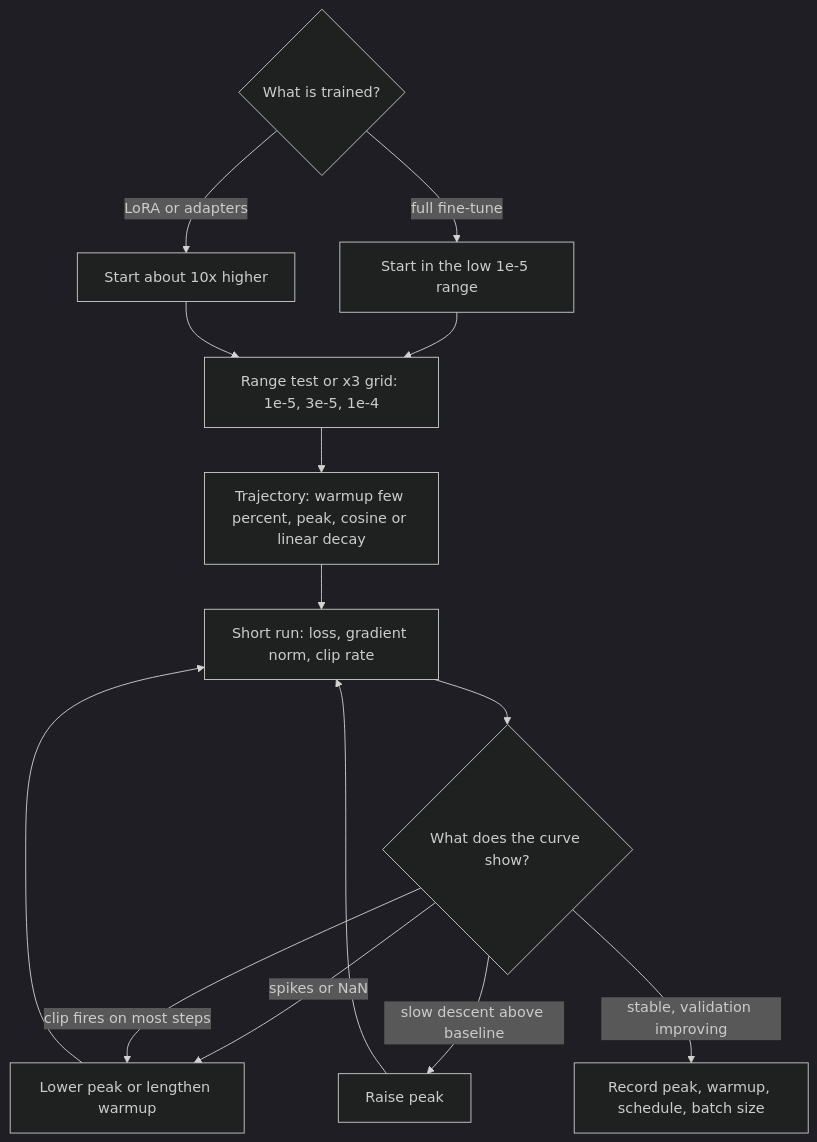
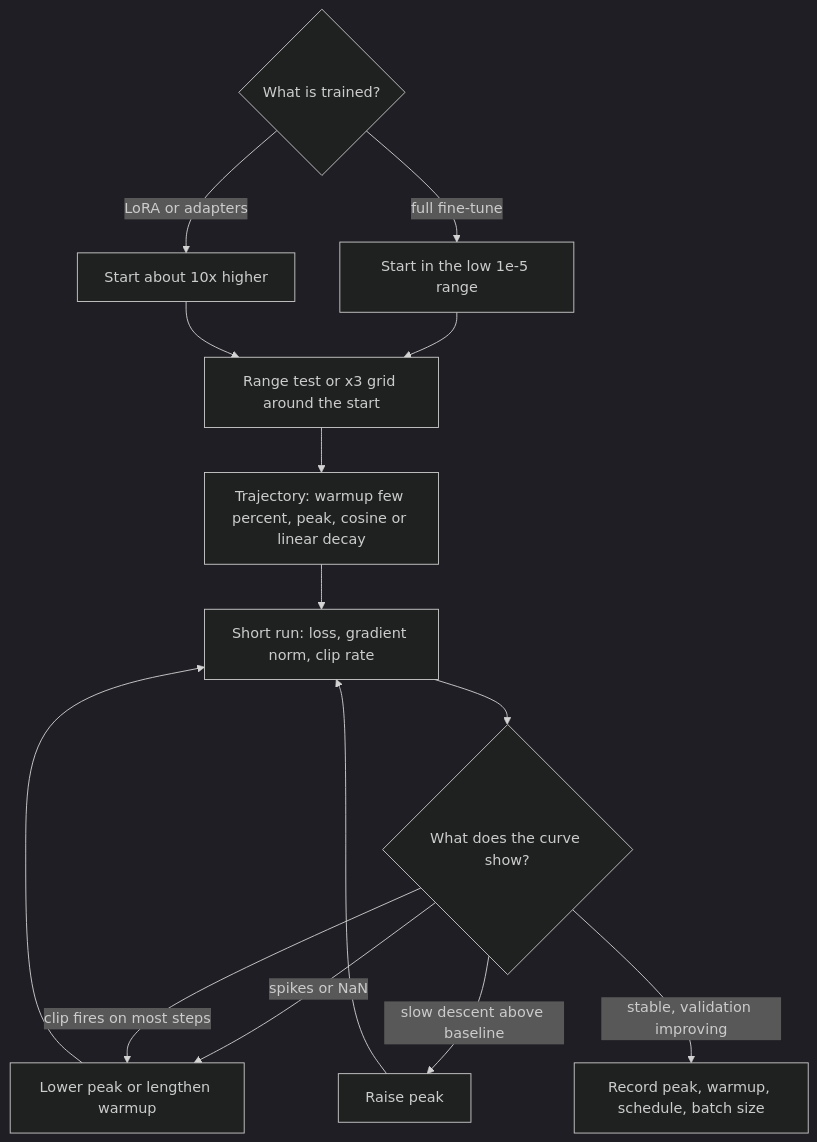
The diagram in content/training-adaptation/learning-rate.md (lovishmahajan97/agentic-learning), drawn with Mermaid (dark theme) before and after one commit. The commit also changed other lines of this file and 278 other files, not shown here.

````diff
--- a/content/training-adaptation/learning-rate.md
+++ b/content/training-adaptation/learning-rate.md
@@ -125,16 +125,16 @@
 ```mermaid
 flowchart TD
     P{"What is trained?"} -->|"full fine-tune"| F["Start in the low 1e-5 range"]
     P -->|"LoRA or adapters"| L["Start about 10x higher"]
-    F --> G["Range test or x3 grid: 1e-5, 3e-5, 1e-4"]
+    F --> G["Range test or x3 grid around the start"]
     L --> G
     G --> T["Trajectory: warmup few percent, peak, cosine or linear decay"]
     T --> R["Short run: loss, gradient norm, clip rate"]
     R --> D{"What does the curve show?"}
     D -->|"spikes or NaN"| H["Lower peak or lengthen warmup"]
     D -->|"slow descent above baseline"| U["Raise peak"]
     D -->|"clip fires on most steps"| H
     H --> R
     U --> R
     D -->|"stable, validation improving"| OK["Record peak, warmup, schedule, batch size"]
 ```
````
